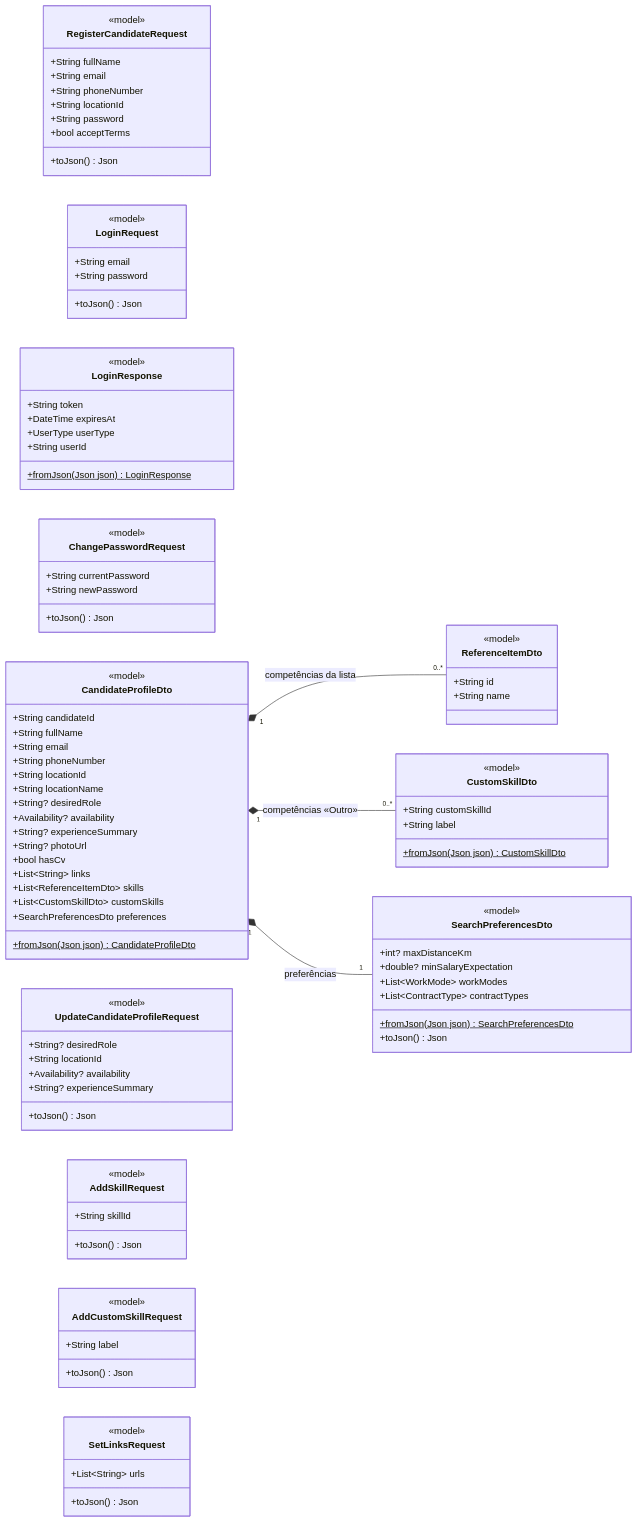
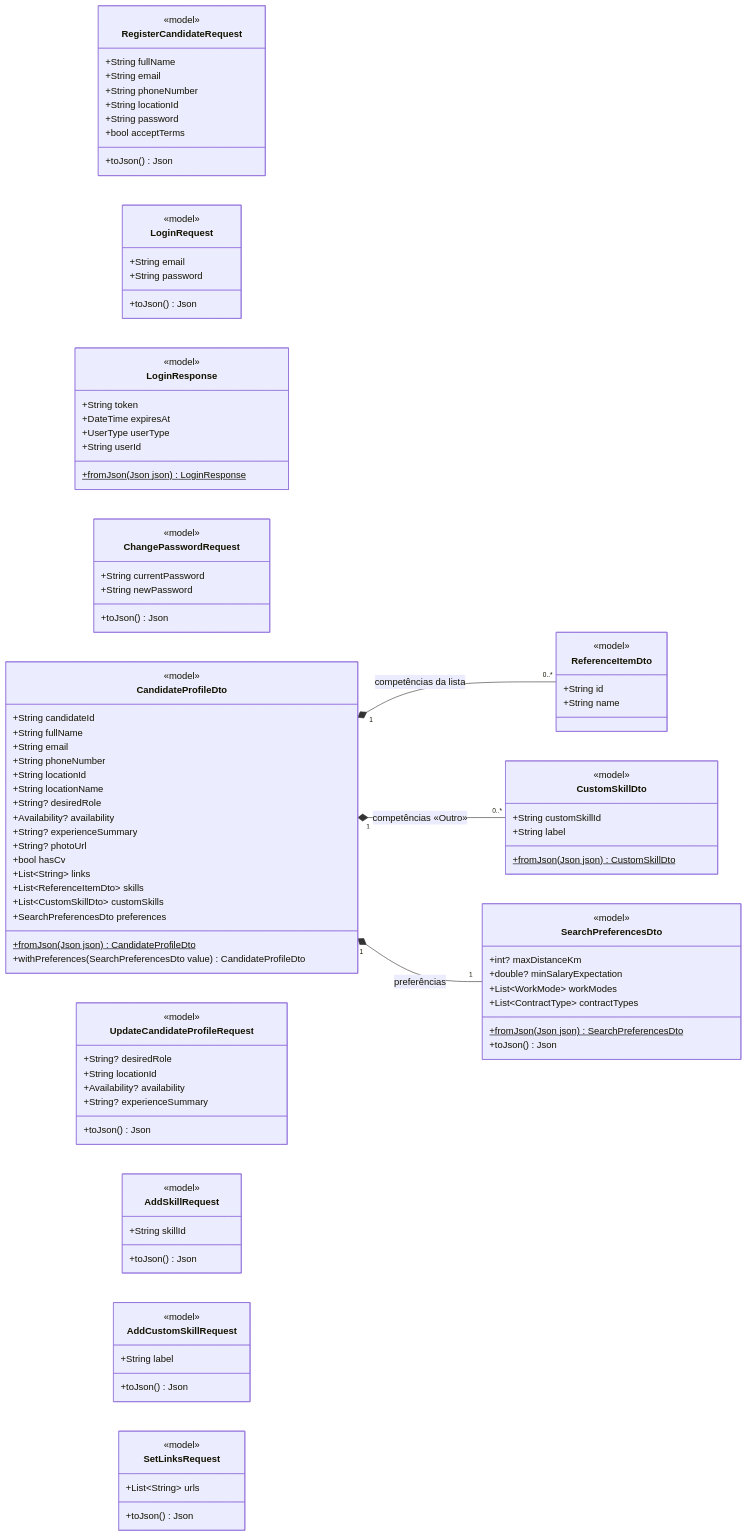
One commit to katch-lds/katch-docs changed the second of 23 diagrams in 04-artefactos-tecnicos/04.07-modelos-de-classes/m4-modelo-classes-frontend-mobile-v03.md. Above: the diagram before and after it, drawn with Mermaid. The commit also changed other lines of this file and 2 other files, not shown here.

```diff
--- a/04-artefactos-tecnicos/04.07-modelos-de-classes/m4-modelo-classes-frontend-mobile-v03.md
+++ b/04-artefactos-tecnicos/04.07-modelos-de-classes/m4-modelo-classes-frontend-mobile-v03.md
@@ -211,6 +211,7 @@
         +List~CustomSkillDto~ customSkills
         +SearchPreferencesDto preferences
         +fromJson(Json json)$ CandidateProfileDto
+        +withPreferences(SearchPreferencesDto value) CandidateProfileDto
     }
     class CustomSkillDto {
         <<model>>
```
